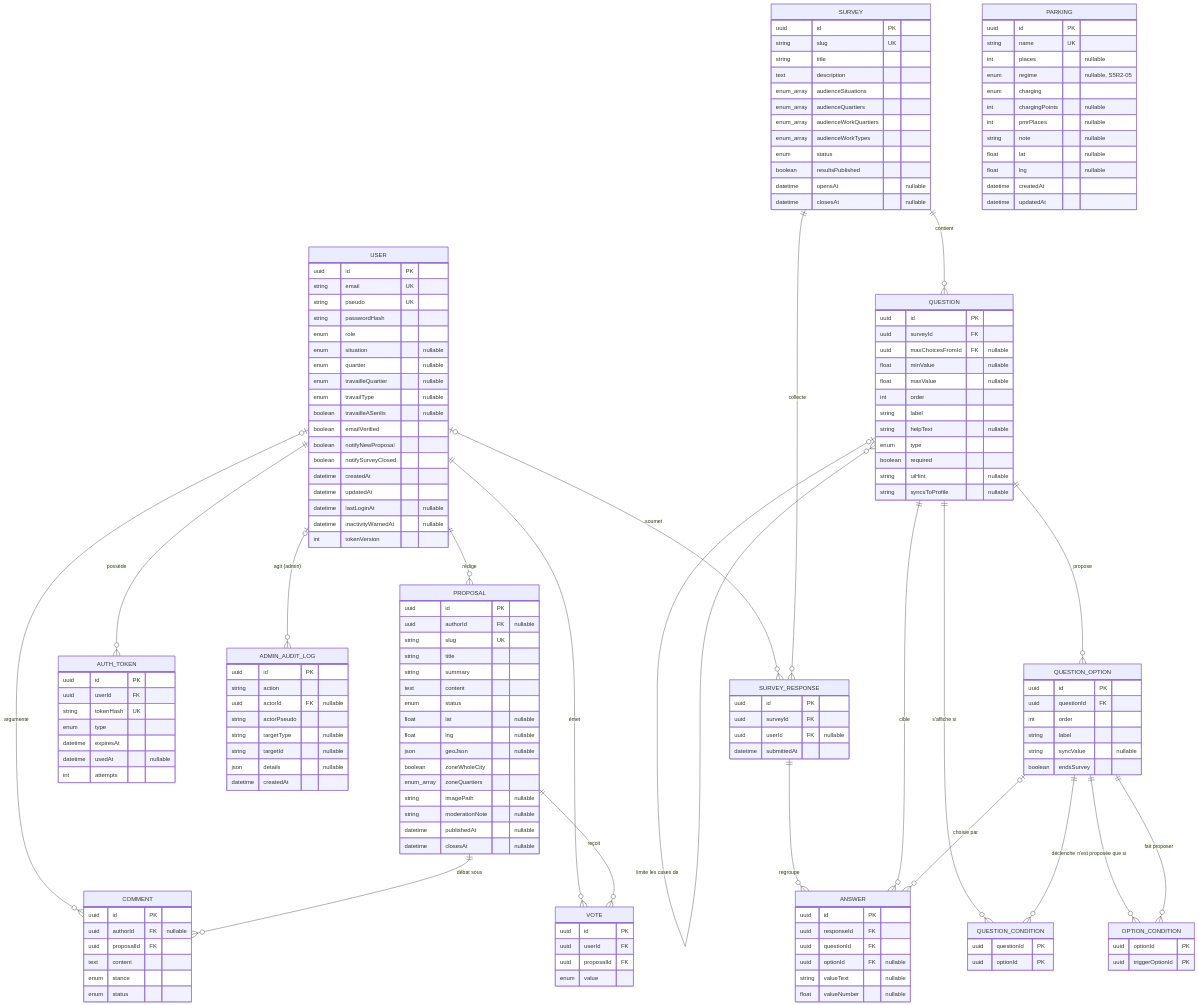
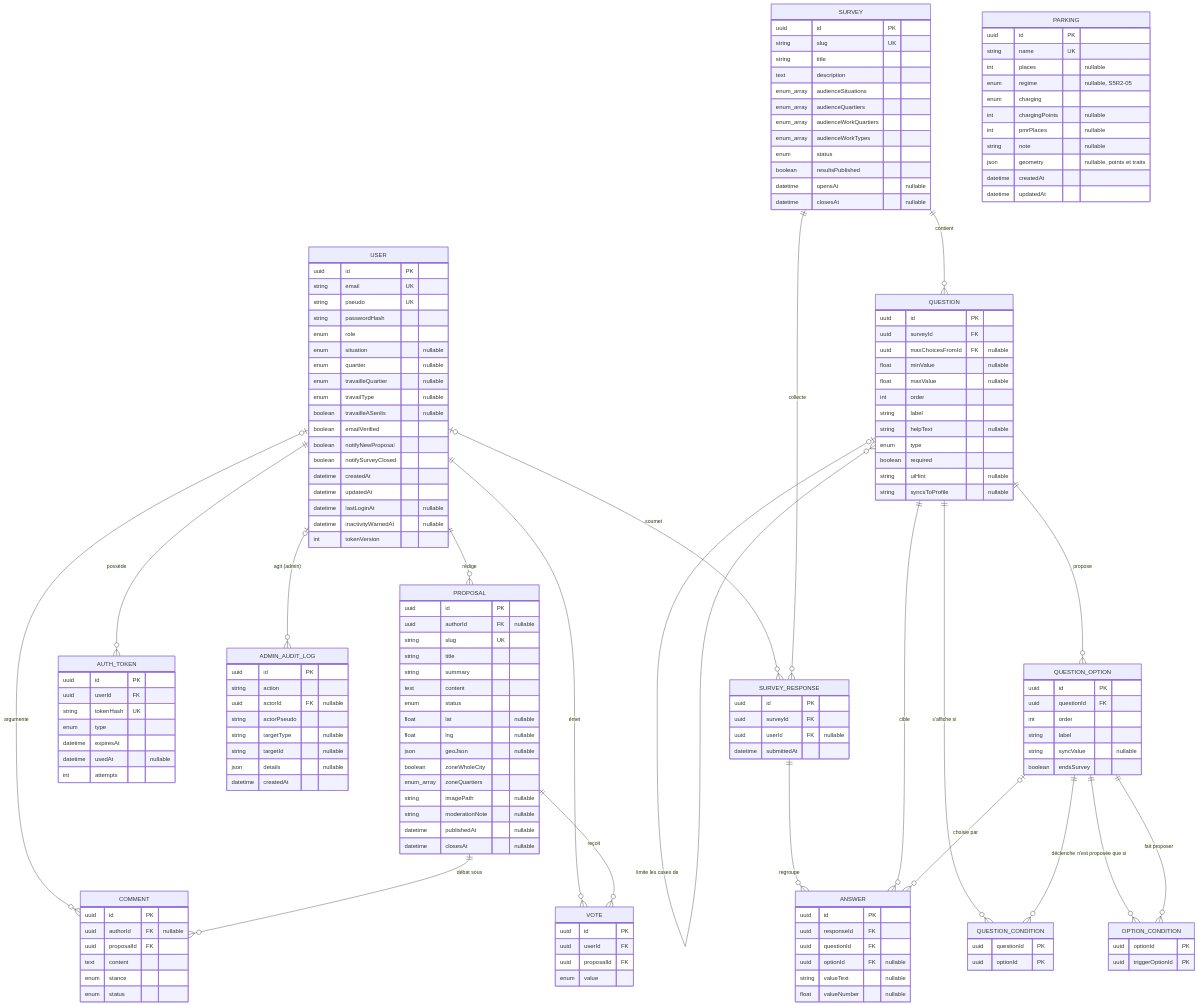
One commit to Nathalie-Leduc/Senlis-Participatif-docs changed the diagram in 02-diagramme-erd.md. Above: the diagram before and after it, drawn with Mermaid. The commit also changed 8 other files, not shown here.

```diff
--- a/02-diagramme-erd.md
+++ b/02-diagramme-erd.md
@@ -65,8 +65,7 @@
         int chargingPoints "nullable"
         int pmrPlaces "nullable"
         string note "nullable"
-        float lat "nullable"
-        float lng "nullable"
+        json geometry "nullable, points et traits"
         datetime createdAt
         datetime updatedAt
     }
```
